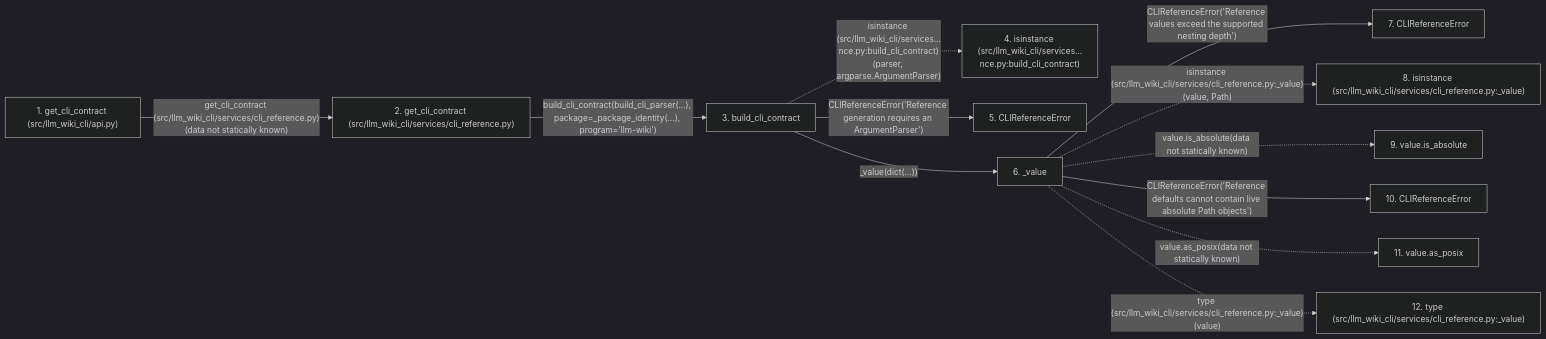
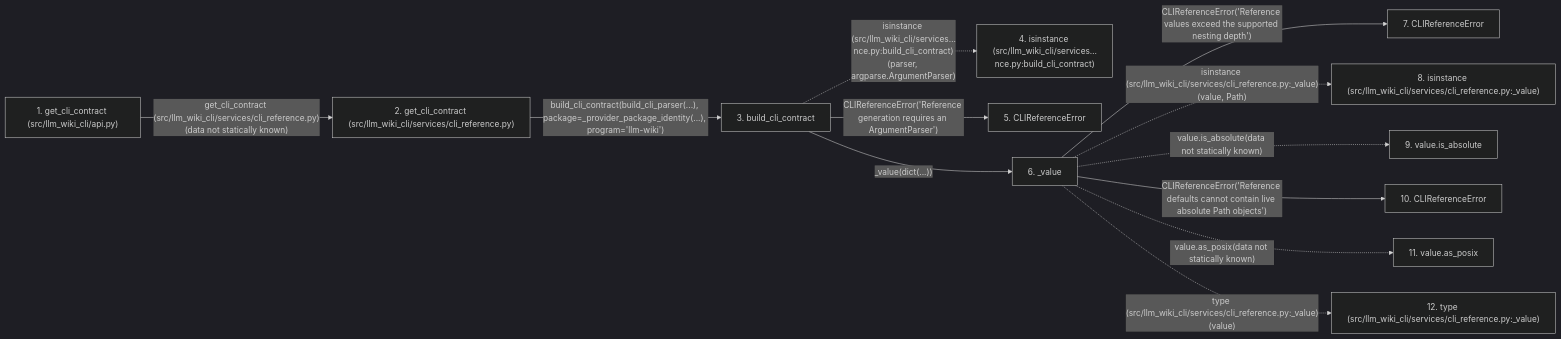
Before and after one commit to Denissvgn/python-wiki-llm: the second of 2 diagrams in docs/llm_wiki/flows/api-get_cli_contract.md, drawn with Mermaid (dark theme). The commit also changed other lines of this file and 338 other files, not shown here.

````diff
--- a/docs/llm_wiki/flows/api-get_cli_contract.md
+++ b/docs/llm_wiki/flows/api-get_cli_contract.md
@@ -139,33 +139,33 @@
 ```mermaid
 flowchart LR
     s1["1. get_cli_contract (src/llm_wiki_cli/api.py)"]
     s2["2. get_cli_contract (src/llm_wiki_cli/services/cli_reference.py)"]
     s3["3. build_cli_contract"]
     s4["4. isinstance (src/llm_wiki_cli/services…nce.py:build_cli_contract)"]
     s5["5. CLIReferenceError"]
     s6["6. _value"]
     s7["7. CLIReferenceError"]
     s8["8. isinstance (src/llm_wiki_cli/services/cli_reference.py:_value)"]
     s9["9. value.is_absolute"]
     s10["10. CLIReferenceError"]
     s11["11. value.as_posix"]
     s12["12. type (src/llm_wiki_cli/services/cli_reference.py:_value)"]
     s1 -->|"get_cli_contract (src/llm_wiki_cli/services/cli_reference.py)(data not statically known)"| s2
-    s2 -->|"build_cli_contract(build_cli_parser(...), package=_package_identity(...), program='llm-wiki')"| s3
+    s2 -->|"build_cli_contract(build_cli_parser(...), package=_provider_package_identity(...), program='llm-wiki')"| s3
     s3 -. "isinstance (src/llm_wiki_cli/services…nce.py:build_cli_contract)(parser, argparse.ArgumentParser)" .-> s4
     s3 -->|"CLIReferenceError('Reference generation requires an ArgumentParser')"| s5
     s3 -->|"_value(dict(...))"| s6
     s6 -->|"CLIReferenceError('Reference values exceed the supported nesting depth')"| s7
     s6 -. "isinstance (src/llm_wiki_cli/services/cli_reference.py:_value)(value, Path)" .-> s8
     s6 -. "value.is_absolute(data not statically known)" .-> s9
     s6 -->|"CLIReferenceError('Reference defaults cannot contain live absolute Path objects')"| s10
     s6 -. "value.as_posix(data not statically known)" .-> s11
     s6 -. "type (src/llm_wiki_cli/services/cli_reference.py:_value)(value)" .-> s12
     click s1 "../modules/api.md"
     click s2 "../modules/cli_reference.md"
     click s3 "../modules/cli_reference.md"
     click s5 "../modules/cli_reference.md"
     click s6 "../modules/cli_reference.md"
     click s7 "../modules/cli_reference.md"
     click s10 "../modules/cli_reference.md"
 ```
````
